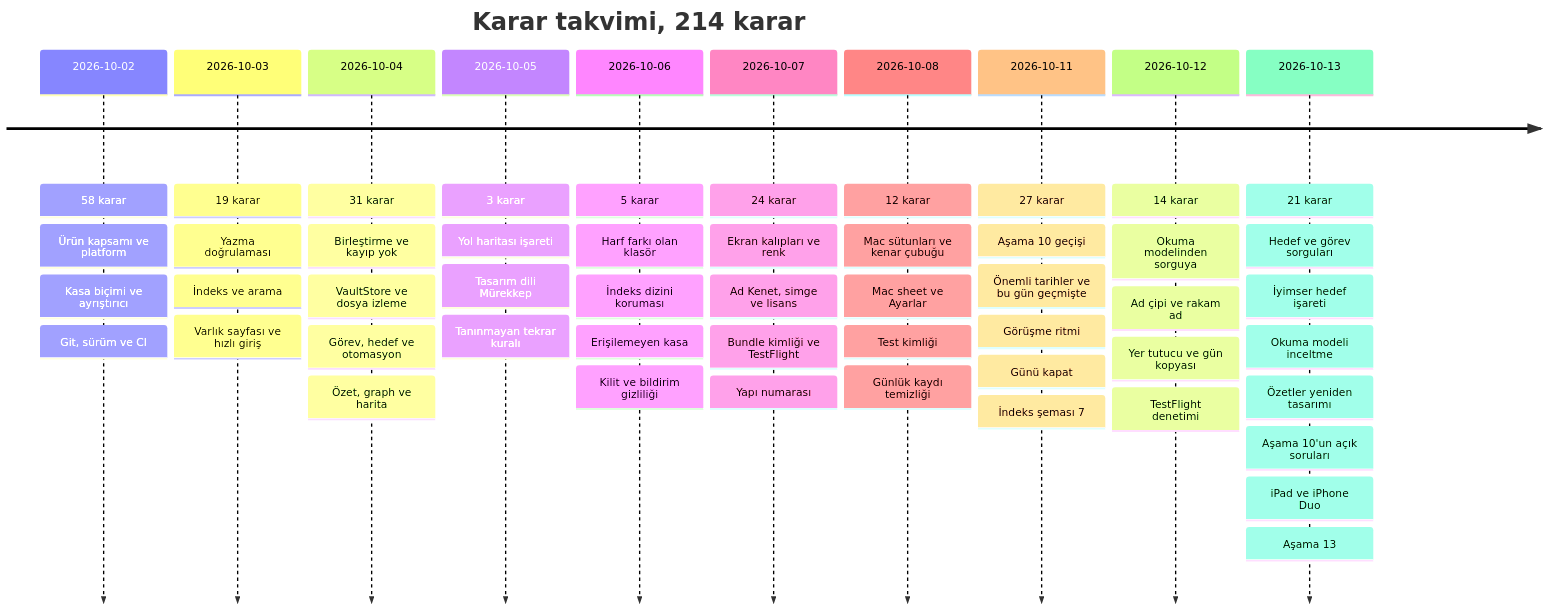
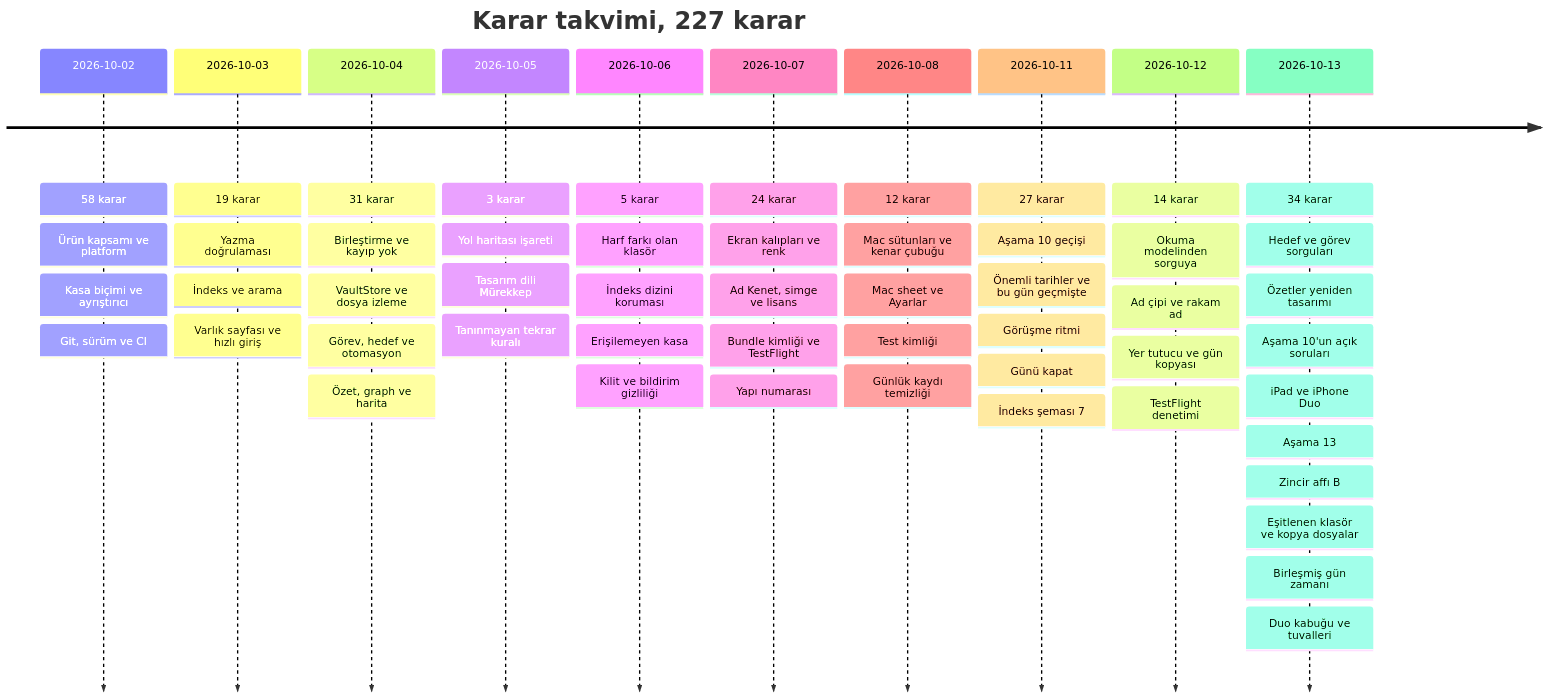
Before and after one commit to dogancanyildiz/kenet: the third of 3 diagrams in docs/decisions.md, drawn with Mermaid. The commit also changed other lines of this file and 1 other file, not shown here.

Commit message:
docs: dalga 11 kod kararları, Aşama 8 uyarı kutusu, Aşama 11 ve 13 durumu (#239)

````diff
--- a/docs/decisions.md
+++ b/docs/decisions.md
@@ -83,14 +83,14 @@
 ```mermaid
 timeline
-    title Karar takvimi, 214 karar
+    title Karar takvimi, 227 karar
     2026-10-02 : 58 karar : Ürün kapsamı ve platform : Kasa biçimi ve ayrıştırıcı : Git, sürüm ve CI
     2026-10-03 : 19 karar : Yazma doğrulaması : İndeks ve arama : Varlık sayfası ve hızlı giriş
     2026-10-04 : 31 karar : Birleştirme ve kayıp yok : VaultStore ve dosya izleme : Görev, hedef ve otomasyon : Özet, graph ve harita
     2026-10-05 : 3 karar : Yol haritası işareti : Tasarım dili Mürekkep : Tanınmayan tekrar kuralı
     2026-10-06 : 5 karar : Harf farkı olan klasör : İndeks dizini koruması : Erişilemeyen kasa : Kilit ve bildirim gizliliği
     2026-10-07 : 24 karar : Ekran kalıpları ve renk : Ad Kenet, simge ve lisans : Bundle kimliği ve TestFlight : Yapı numarası
     2026-10-08 : 12 karar : Mac sütunları ve kenar çubuğu : Mac sheet ve Ayarlar : Test kimliği : Günlük kaydı temizliği
     2026-10-11 : 27 karar : Aşama 10 geçişi : Önemli tarihler ve bu gün geçmişte : Görüşme ritmi : Günü kapat : İndeks şeması 7
     2026-10-12 : 14 karar : Okuma modelinden sorguya : Ad çipi ve rakam ad : Yer tutucu ve gün kopyası : TestFlight denetimi
-    2026-10-13 : 21 karar : Hedef ve görev sorguları : İyimser hedef işareti : Okuma modeli inceltme : Özetler yeniden tasarımı : Aşama 10'un açık soruları : iPad ve iPhone Duo : Aşama 13
+    2026-10-13 : 34 karar : Hedef ve görev sorguları : Özetler yeniden tasarımı : Aşama 10'un açık soruları : iPad ve iPhone Duo : Aşama 13 : Zincir affı B : Eşitlenen klasör ve kopya dosyalar : Birleşmiş gün zamanı : Duo kabuğu ve tuvalleri
 ```
````
